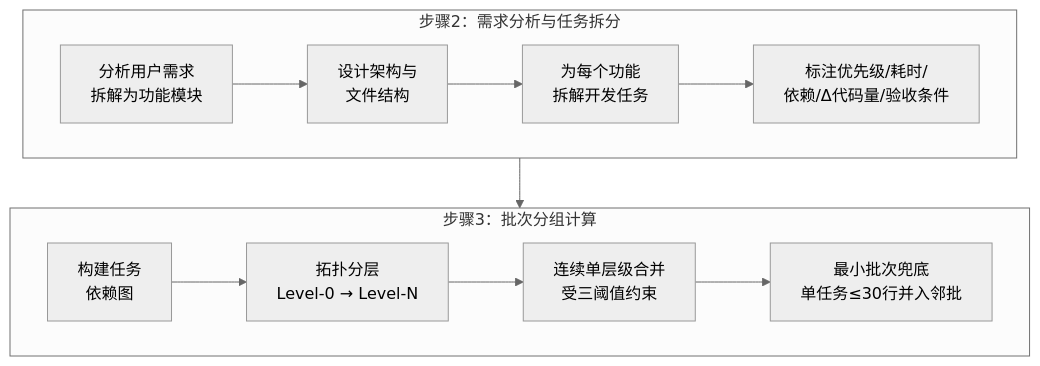
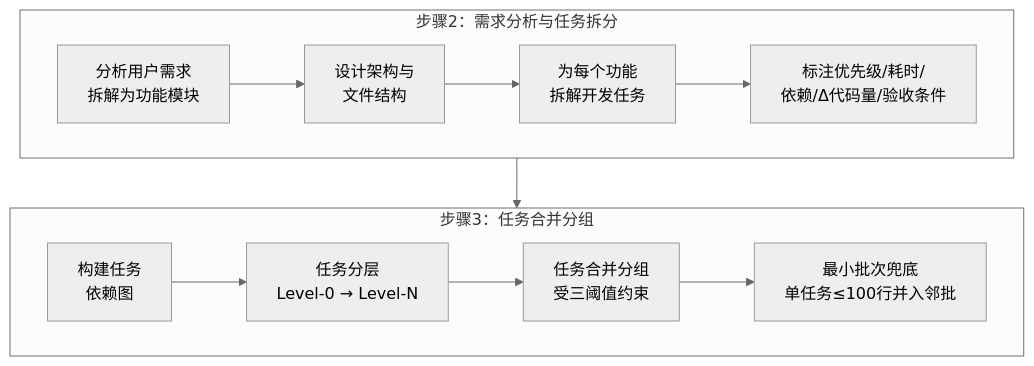
One commit to GMshuS/opencode-study changed the sixth of 8 diagrams in docs/AI工作流Workflow介绍与使用.md. Above: the diagram before and after it, drawn with Mermaid (neutral theme). The commit also changed other lines of this file, not shown here.

````diff
--- a/docs/AI工作流Workflow介绍与使用.md
+++ b/docs/AI工作流Workflow介绍与使用.md
@@ -441,18 +441,18 @@
 ```mermaid
 flowchart TB
     subgraph STEP2["步骤2：需求分析与任务拆分"]
         direction LR
         A["分析用户需求<br/>拆解为功能模块"] --> B["设计架构与<br/>文件结构"]
         B --> C["为每个功能<br/>拆解开发任务"]
         C --> D["标注优先级/耗时/<br/>依赖/Δ代码量/验收条件"]
     end
 
-    subgraph STEP3["步骤3：批次分组计算"]
+    subgraph STEP3["步骤3：任务合并分组"]
         direction LR
-        E["构建任务<br/>依赖图"] --> F["拓扑分层<br/>Level-0 → Level-N"]
-        F --> G["连续单层级合并<br/>受三阈值约束"]
-        G --> H["最小批次兜底<br/>单任务≤30行并入邻批"]
+        E["构建任务<br/>依赖图"] --> F["任务分层<br/>Level-0 → Level-N"]
+        F --> G["任务合并分组<br/>受三阈值约束"]
+        G --> H["最小批次兜底<br/>单任务≤100行并入邻批"]
     end
 
     STEP2 --> STEP3
 ```
````
